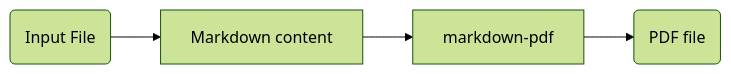
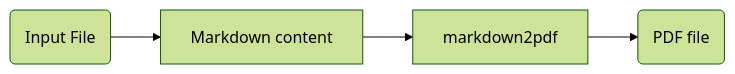
One commit to AstraBert/PdfItDown changed the first of 4 diagrams in README.md. Above: the diagram before and after it, drawn with Mermaid (forest theme). The commit also changed other lines of this file and 72 other files, not shown here.

````diff
--- a/README.md
+++ b/README.md
@@ -37,6 +37,6 @@
 ```mermaid
 graph LR
 2(Input File) --> 3[Markdown content]
-3[Markdown content] --> 4[markdown-pdf]
-4[markdown-pdf] --> 5(PDF file)
+3[Markdown content] --> 4[markdown2pdf]
+4[markdown2pdf] --> 5(PDF file)
 ```
````
